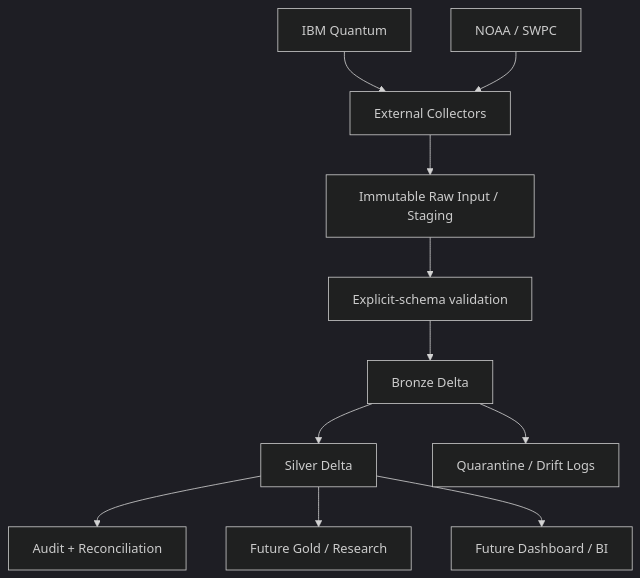
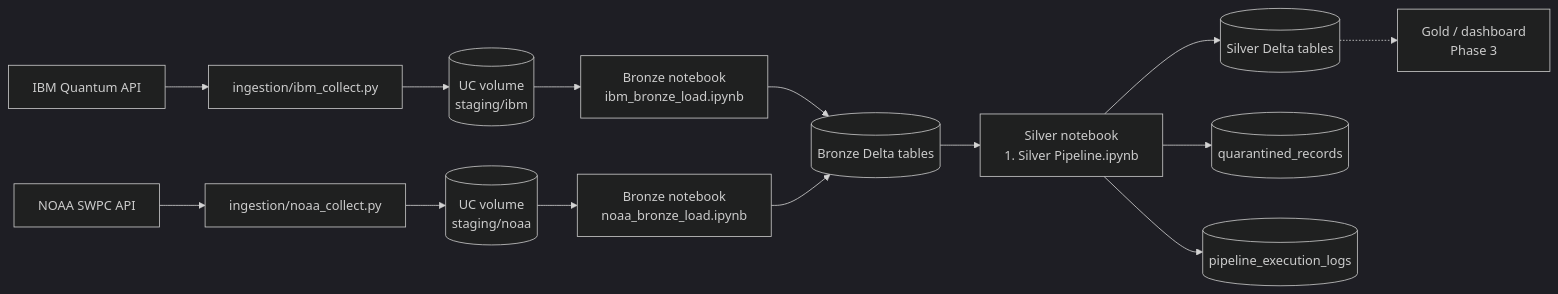
The diagram in Phase2/README.md (HassanNawaz14/Quantalytics), drawn with Mermaid (dark theme) before and after one commit. The commit also changed other lines of this file and 15 other files, not shown here.

````diff
--- a/Phase2/README.md
+++ b/Phase2/README.md
@@ -110,13 +49,21 @@
 ```mermaid
-flowchart TD
-    IBM[IBM Quantum] --> C[External Collectors]
-    NOAA[NOAA / SWPC] --> C
-    C --> RAW[Immutable Raw Input / Staging]
-    RAW --> V[Explicit-schema validation]
-    V --> B[Bronze Delta]
-    B --> S[Silver Delta]
-    B --> Q[Quarantine / Drift Logs]
-    S --> A[Audit + Reconciliation]
-    S --> G[Future Gold / Research]
-    S --> D[Future Dashboard / BI]
+flowchart LR
+    IBM[IBM Quantum API] --> IBMCOL[ingestion/ibm_collect.py]
+    NOAA[NOAA SWPC API] --> NOAACOL[ingestion/noaa_collect.py]
+
+    IBMCOL --> IBMVOL[(UC volume<br/>staging/ibm)]
+    NOAACOL --> NOAAVOL[(UC volume<br/>staging/noaa)]
+
+    IBMVOL --> IBMB[Bronze notebook<br/>ibm_bronze_load.ipynb]
+    NOAAVOL --> NOAAB[Bronze notebook<br/>noaa_bronze_load.ipynb]
+
+    IBMB --> BRONZE[(Bronze Delta tables)]
+    NOAAB --> BRONZE
+
+    BRONZE --> SILVER[Silver notebook<br/>1. Silver Pipeline.ipynb]
+    SILVER --> SILVERT[(Silver Delta tables)]
+    SILVER --> QUAR[(quarantined_records)]
+    SILVER --> LOG[(pipeline_execution_logs)]
+
+    SILVERT -.-> GOLD[Gold / dashboard<br/>Phase 3]
 ```
````
